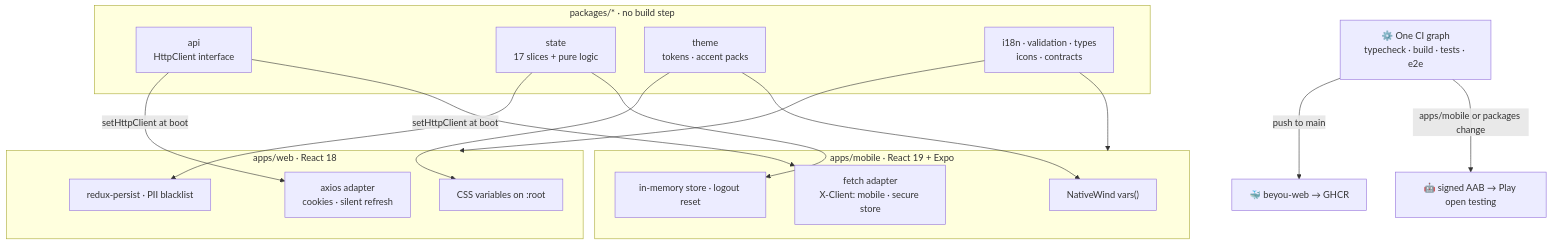
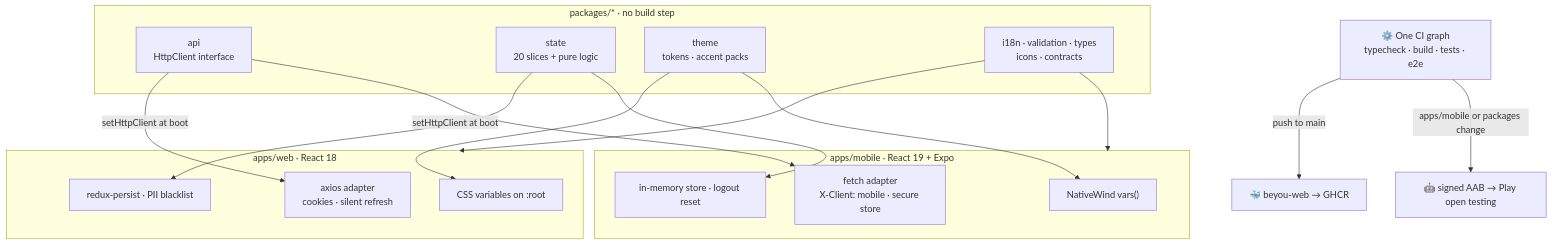
Before and after one commit to AndDev741/Beyou-arch-design: the diagram in architecture/monorepo/diagram.mmd, drawn with Mermaid. The commit also changed 39 other files, not shown here.

```diff
--- a/architecture/monorepo/diagram.mmd
+++ b/architecture/monorepo/diagram.mmd
@@ -1,32 +1,32 @@
 flowchart TD
   subgraph pkgs["packages/* · no build step"]
     API["api<br/>HttpClient interface"]
-    ST["state<br/>17 slices + pure logic"]
+    ST["state<br/>20 slices + pure logic"]
     TH["theme<br/>tokens · accent packs"]
     I18["i18n · validation · types<br/>icons · contracts"]
   end
 
   subgraph web["apps/web · React 18"]
     WAD["axios adapter<br/>cookies · silent refresh"]
     WPR["redux-persist · PII blacklist"]
     WCSS["CSS variables on :root"]
   end
 
   subgraph mob["apps/mobile · React 19 + Expo"]
     MAD["fetch adapter<br/>X-Client: mobile · secure store"]
     MST["in-memory store · logout reset"]
     MNW["NativeWind vars()"]
   end
 
   API -->|"setHttpClient at boot"| WAD
   API -->|"setHttpClient at boot"| MAD
   ST --> WPR
   ST --> MST
   TH --> WCSS
   TH --> MNW
   I18 --> web
   I18 --> mob
 
   CI["⚙️ One CI graph<br/>typecheck · build · tests · e2e"]
   CI -->|"push to main"| GHCR["🐳 beyou-web → GHCR"]
   CI -->|"apps/mobile or packages change"| AAB["🤖 signed AAB → Play open testing"]
```
